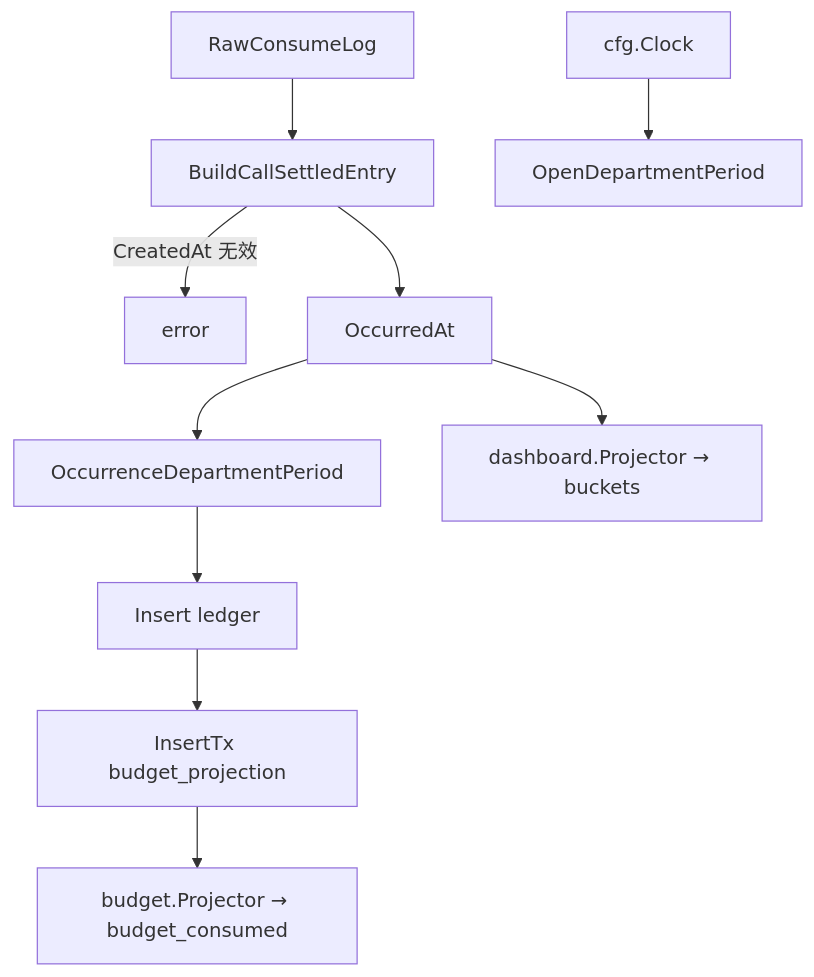
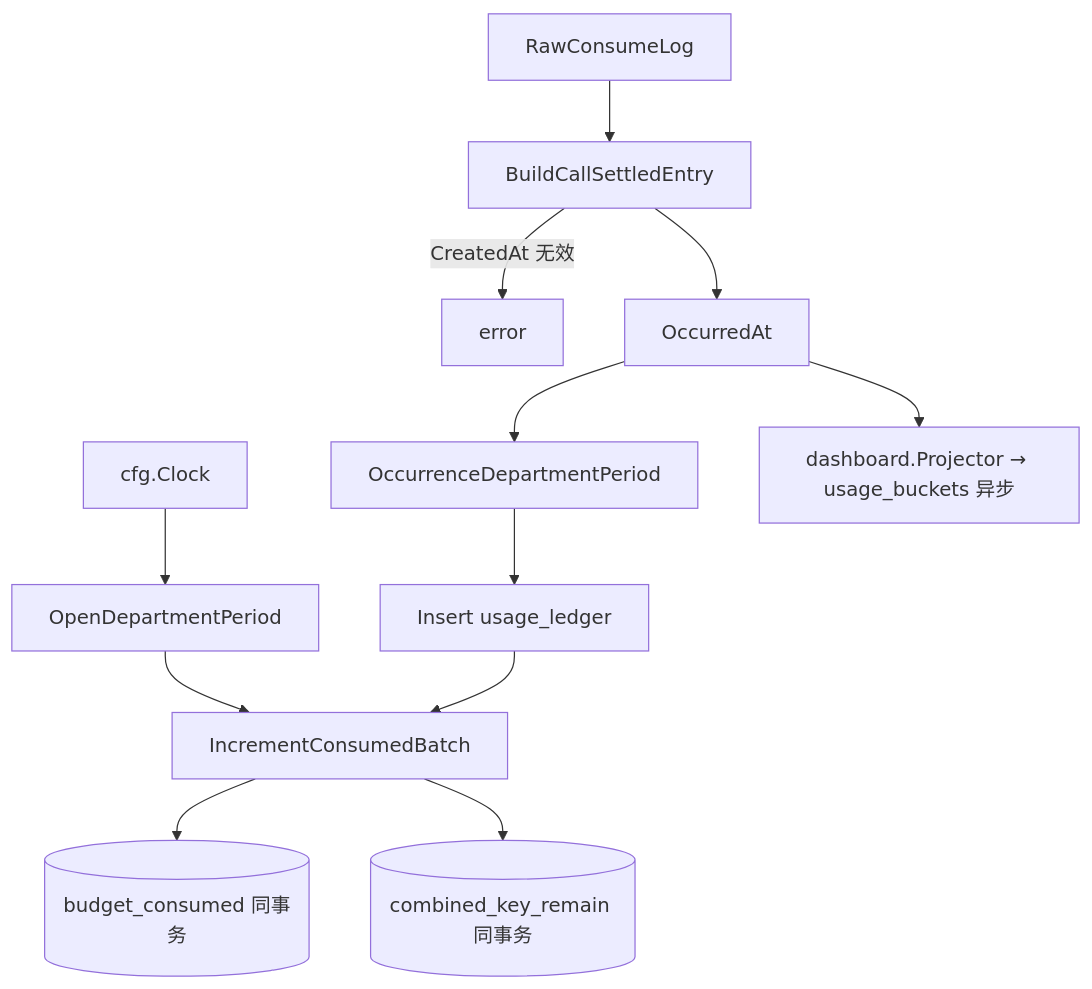
The seventh of 9 diagrams in apps/docs/Backend-业务时钟与账期.md (quyip8818/mytokenjoy), drawn with Mermaid before and after one commit. The commit also changed other lines of this file and 33 other files, not shown here.

````diff
--- a/apps/docs/Backend-业务时钟与账期.md
+++ b/apps/docs/Backend-业务时钟与账期.md
@@ -190,12 +192,14 @@
 ```mermaid
 flowchart TB
   Raw[RawConsumeLog] --> Build[BuildCallSettledEntry]
   Build -->|CreatedAt 无效| Fail[error]
   Build --> Entry[OccurredAt]
   Entry --> Occ[OccurrenceDepartmentPeriod]
   Clock[cfg.Clock] --> Open[OpenDepartmentPeriod]
-  Occ --> Ledger[Insert ledger]
-  Ledger --> Enq[InsertTx budget_projection]
-  Enq --> Proj[budget.Projector → budget_consumed]
-  Entry --> DashProj[dashboard.Projector → buckets]
+  Occ --> Ledger[Insert usage_ledger]
+  Open --> Inc[IncrementConsumedBatch]
+  Ledger --> Inc
+  Inc --> BC[(budget_consumed 同事务)]
+  Inc --> CK[(combined_key_remain 同事务)]
+  Entry --> DashProj[dashboard.Projector → usage_buckets 异步]
 ```
````
